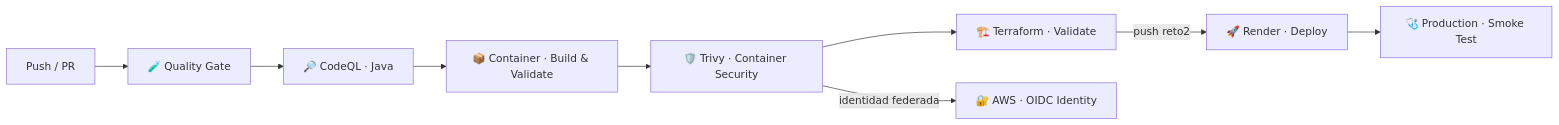
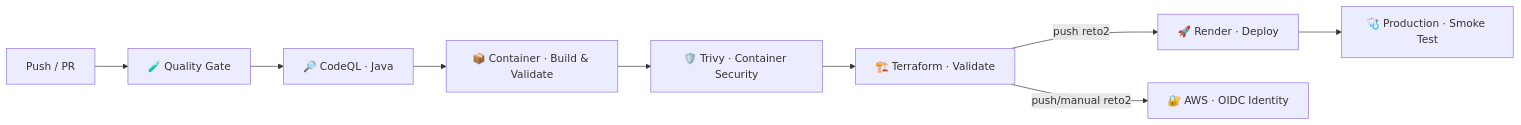
Diagram 20 of 21 in README.md (lisudea/technical-test-2026-2), drawn with Mermaid before and after one commit. The commit also changed other lines of this file and 5 other files, not shown here.

````diff
--- a/README.md
+++ b/README.md
@@ -883,11 +1110,11 @@
 ```mermaid
 flowchart LR
   A[Push / PR] --> B[🧪 Quality Gate]
   B --> C[🔎 CodeQL · Java]
   C --> D[📦 Container · Build & Validate]
   D --> E[🛡️ Trivy · Container Security]
   E --> F[🏗️ Terraform · Validate]
   F -->|push reto2| G[🚀 Render · Deploy]
   G --> H[🩺 Production · Smoke Test]
-  E -->|identidad federada| I[🔐 AWS · OIDC Identity]
+  F -->|push/manual reto2| I[🔐 AWS · OIDC Identity]
 ```
````
